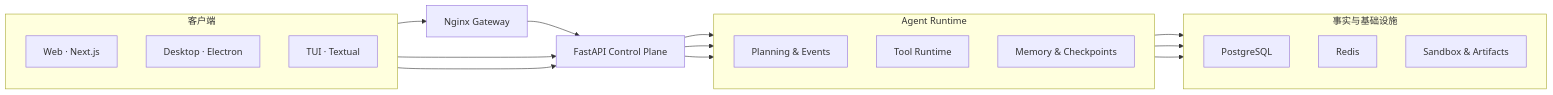
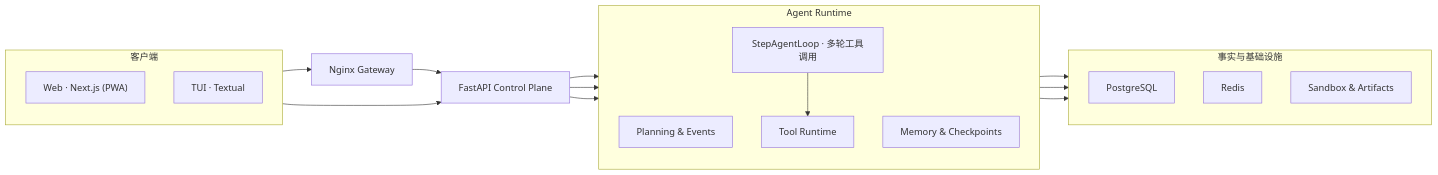
The diagram in README.md (malevrigns/atlas-agent-control-plane), drawn with Mermaid before and after one commit. The commit also changed other lines of this file, not shown here.

````diff
--- a/README.md
+++ b/README.md
@@ -89,37 +83,37 @@
 ```mermaid
 flowchart LR
     subgraph Clients["客户端"]
         direction TB
-        Web["Web · Next.js"]
-        Desktop["Desktop · Electron"]
+        Web["Web · Next.js (PWA)"]
         TUI["TUI · Textual"]
     end
 
     Gateway["Nginx Gateway"]
     API["FastAPI Control Plane"]
 
     subgraph Runtime["Agent Runtime"]
         direction TB
         Planner["Planning & Events"]
+        Loop["StepAgentLoop · 多轮工具调用"]
         Tools["Tool Runtime"]
         Memory["Memory & Checkpoints"]
     end
 
     subgraph Data["事实与基础设施"]
         direction TB
         Postgres["PostgreSQL"]
         Redis["Redis"]
         Sandbox["Sandbox & Artifacts"]
     end
 
     Web --> Gateway
-    Desktop --> API
     TUI --> API
     Gateway --> API
     API --> Planner
-    API --> Tools
+    API --> Loop
+    Loop --> Tools
     API --> Memory
     Planner --> Redis
     Tools --> Sandbox
     Memory --> Postgres
 ```
````
